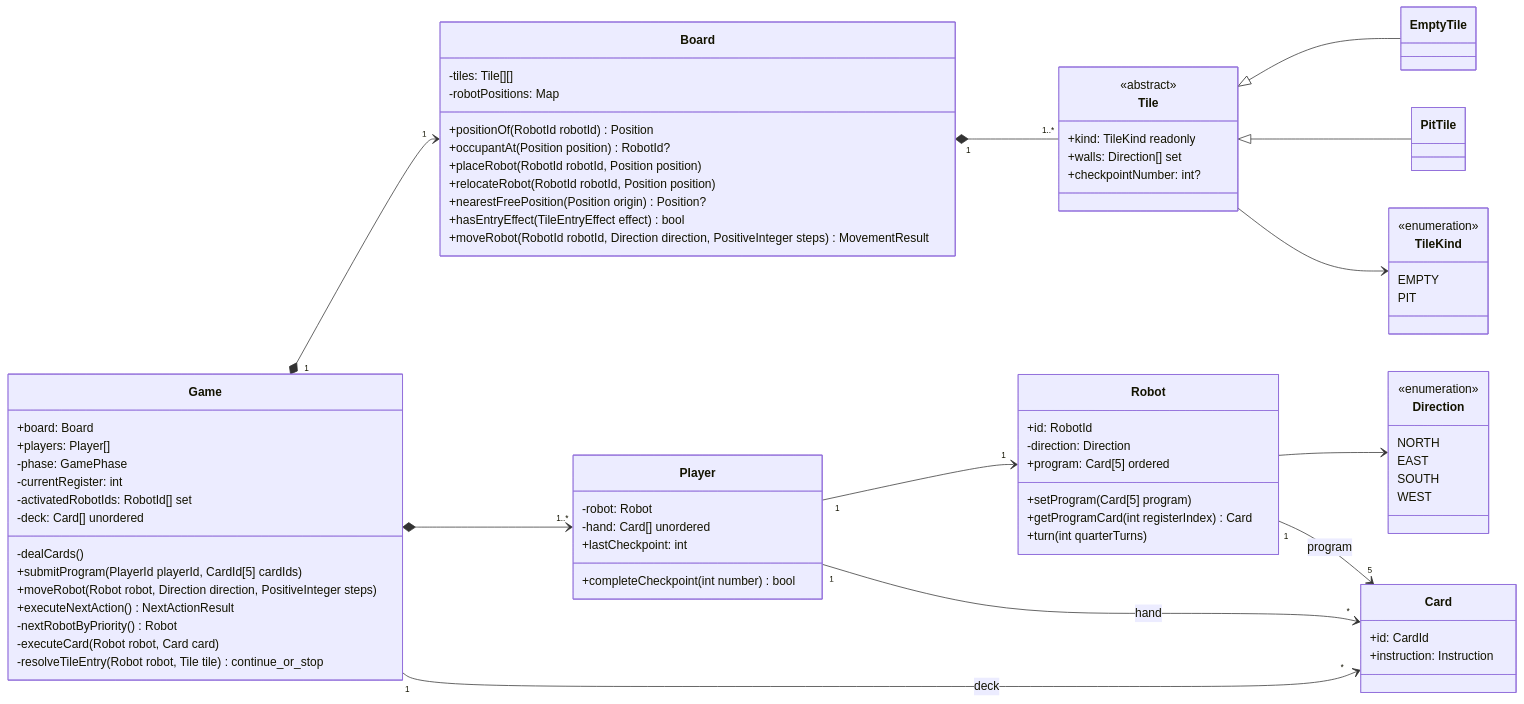
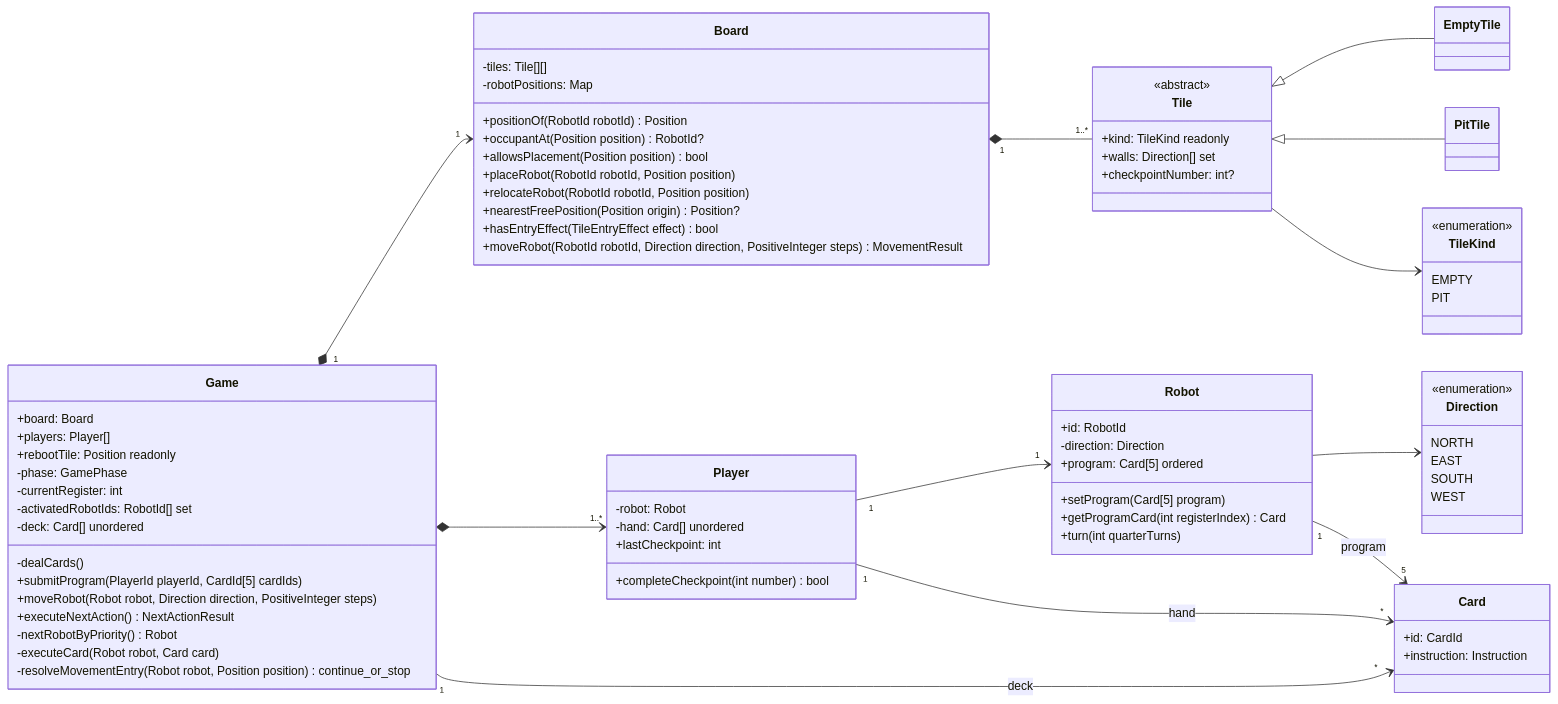
Before and after one commit to hananinas/RoboRally: the diagram in docs/game_model_UML.md, drawn with Mermaid. The commit also changed other lines of this file and 14 other files, not shown here.

```diff
--- a/docs/game_model_UML.md
+++ b/docs/game_model_UML.md
@@ -8,6 +8,7 @@
         class Game {
         +board: Board
         +players: Player[]
+        +rebootTile: Position readonly
         -phase: GamePhase
         -currentRegister: int
         -activatedRobotIds: RobotId[] set
@@ -18,7 +19,7 @@
         +executeNextAction() NextActionResult
         -nextRobotByPriority() Robot
         -executeCard(Robot robot, Card card)
-        -resolveTileEntry(Robot robot, Tile tile) continue_or_stop
+        -resolveMovementEntry(Robot robot, Position position) continue_or_stop
         }
 
         class Board {
@@ -26,6 +27,7 @@
         -robotPositions: Map
         +positionOf(RobotId robotId) Position
         +occupantAt(Position position) RobotId?
+        +allowsPlacement(Position position) bool
         +placeRobot(RobotId robotId, Position position)
         +relocateRobot(RobotId robotId, Position position)
         +nearestFreePosition(Position origin) Position?
```
